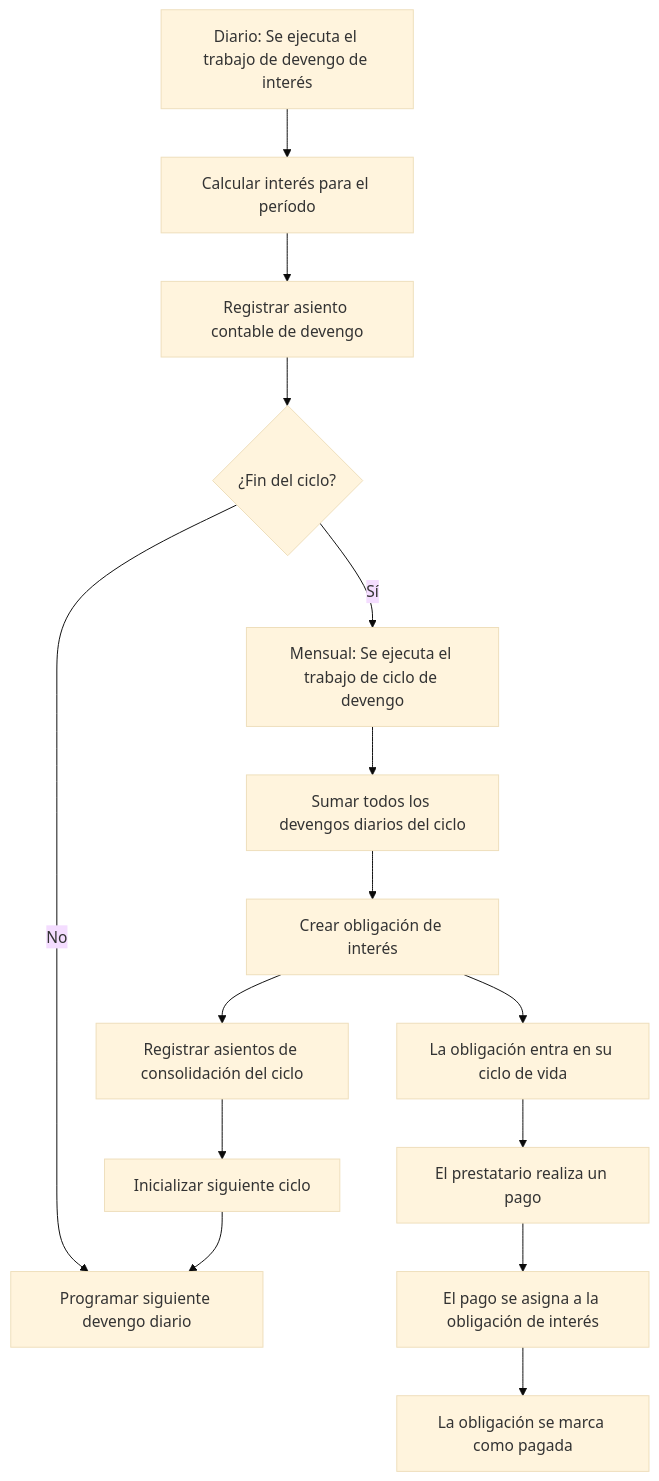
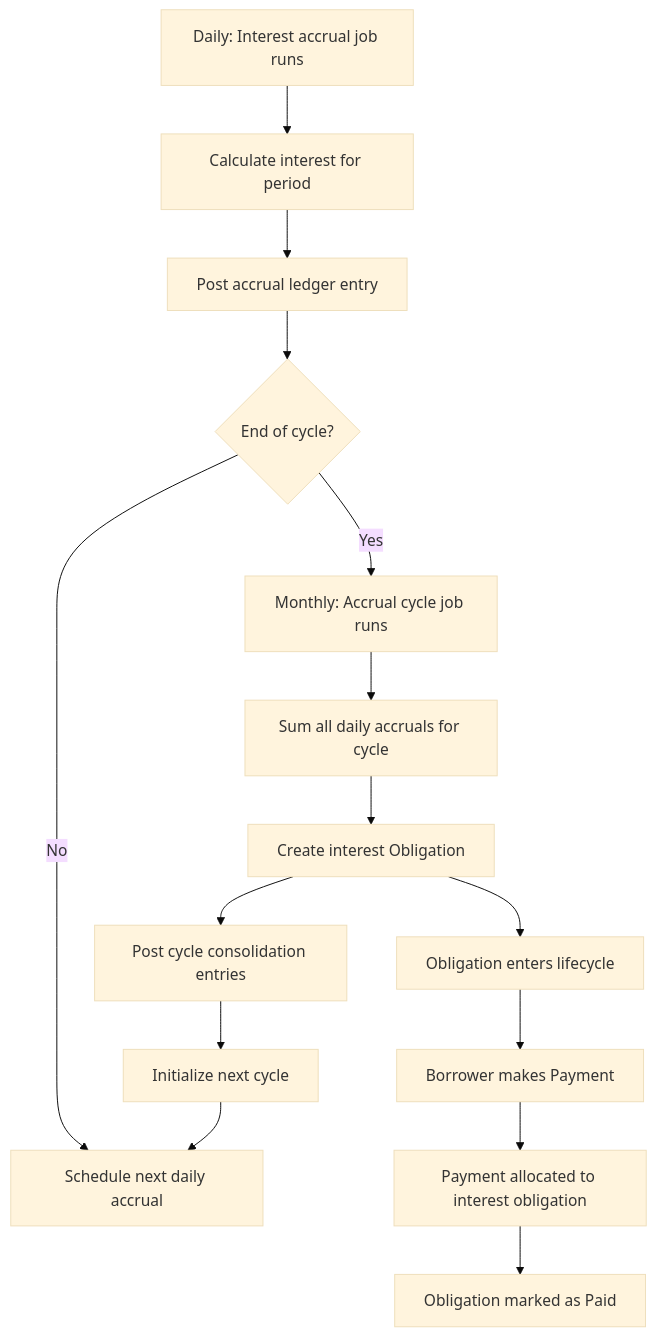
The diagram in docs-site/i18n/es/docusaurus-plugin-content-docs/current/technical-documentation/credit/interest-process.md (GaloyMoney/lana-bank), drawn with Mermaid (base theme) before and after one commit. The commit also changed other lines of this file and 76 other files, not shown here.

````diff
--- a/docs-site/i18n/es/docusaurus-plugin-content-docs/current/technical-documentation/credit/interest-process.md
+++ b/docs-site/i18n/es/docusaurus-plugin-content-docs/current/technical-documentation/credit/interest-process.md
@@ -80,17 +68,17 @@
 ```mermaid
 flowchart TD
-    A[Diario: Se ejecuta el trabajo de devengo de interés] --> B[Calcular interés para el período]
-    B --> C[Registrar asiento contable de devengo]
-    C --> D{¿Fin del ciclo?}
-    D -->|No| E[Programar siguiente devengo diario]
-    D -->|Sí| F[Mensual: Se ejecuta el trabajo de ciclo de devengo]
-    F --> G[Sumar todos los devengos diarios del ciclo]
-    G --> H[Crear obligación de interés]
-    H --> I[Registrar asientos de consolidación del ciclo]
-    I --> J[Inicializar siguiente ciclo]
+    A[Daily: Interest accrual job runs] --> B[Calculate interest for period]
+    B --> C[Post accrual ledger entry]
+    C --> D{End of cycle?}
+    D -->|No| E[Schedule next daily accrual]
+    D -->|Yes| F[Monthly: Accrual cycle job runs]
+    F --> G[Sum all daily accruals for cycle]
+    G --> H[Create interest Obligation]
+    H --> I[Post cycle consolidation entries]
+    I --> J[Initialize next cycle]
     J --> E
-    H --> K[La obligación entra en su ciclo de vida]
-    K --> L[El prestatario realiza un pago]
-    L --> M[El pago se asigna a la obligación de interés]
-    M --> N[La obligación se marca como pagada]
+    H --> K[Obligation enters lifecycle]
+    K --> L[Borrower makes Payment]
+    L --> M[Payment allocated to interest obligation]
+    M --> N[Obligation marked as Paid]
 ```
````
